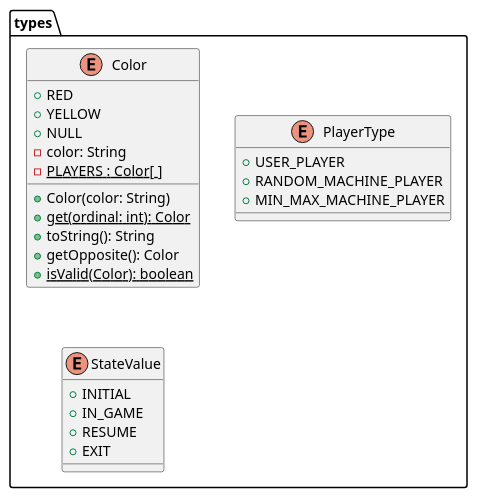
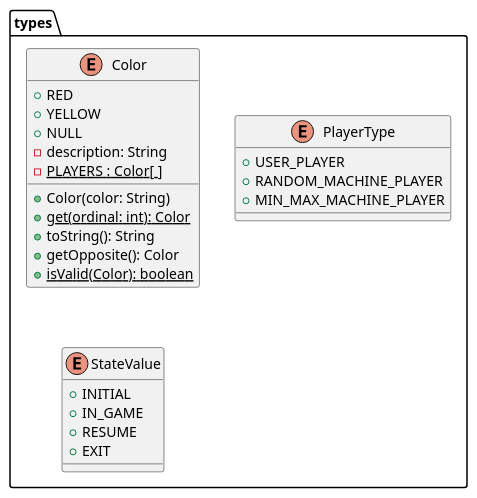
One commit to js-rom/connect4 changed the diagram in connect4/Docs/diagrams/src/packages/connect4.connect4.types.plantuml. Above: the diagram before and after it, drawn with PlantUML. The commit also changed 4 other files, not shown here.

```diff
--- a/connect4/Docs/diagrams/src/packages/connect4.connect4.types.plantuml
+++ b/connect4/Docs/diagrams/src/packages/connect4.connect4.types.plantuml
@@ -1,27 +1,27 @@
 @startuml connect4.connect4.types
 
 enum types.Color
 enum types.PlayerType
 enum types.StateValue {
     +INITIAL
     +IN_GAME
     +RESUME
     +EXIT
 }
 
 Color : +RED
 Color : +YELLOW
 Color : +NULL
-Color : -color: String
+Color : -description: String
 Color : {static} -PLAYERS : Color[ ]
 Color : +Color(color: String)
 Color : {static} +get(ordinal: int): Color
 Color : +toString(): String
 Color : +getOpposite(): Color
 Color : {static} +isValid(Color): boolean
 
 PlayerType : +USER_PLAYER
 PlayerType : +RANDOM_MACHINE_PLAYER
 PlayerType : +MIN_MAX_MACHINE_PLAYER
 
 @enduml
```
